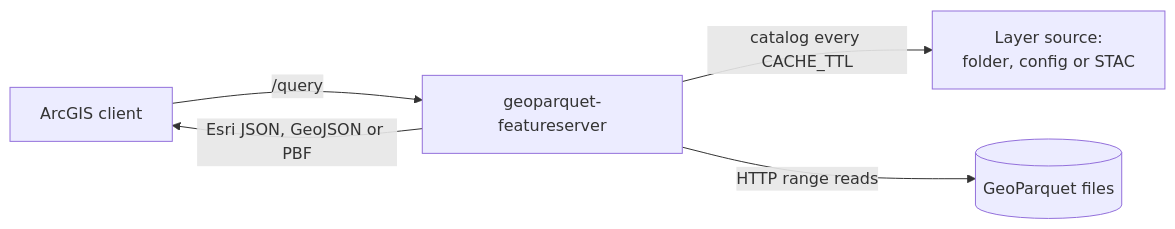
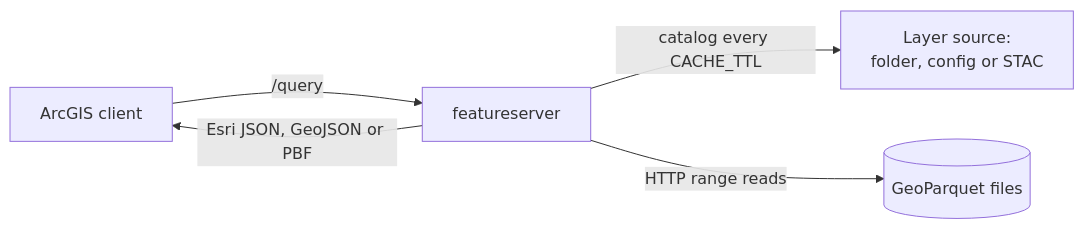
Before and after one commit to UGS-GIO/cloud-native-geoservices: the diagram in docs/index.md, drawn with Mermaid. The commit also changed other lines of this file and 44 other files, not shown here.

````diff
--- a/docs/index.md
+++ b/docs/index.md
@@ -20,7 +20,7 @@
 ```mermaid
 flowchart LR
-  C[ArcGIS client] -->|/query| S[geoparquet-featureserver]
+  C[ArcGIS client] -->|/query| S[featureserver]
   S -->|catalog every CACHE_TTL| L[Layer source:<br>folder, config or STAC]
   S -->|HTTP range reads| P[(GeoParquet files)]
   S -->|Esri JSON, GeoJSON or PBF| C
 ```
````
